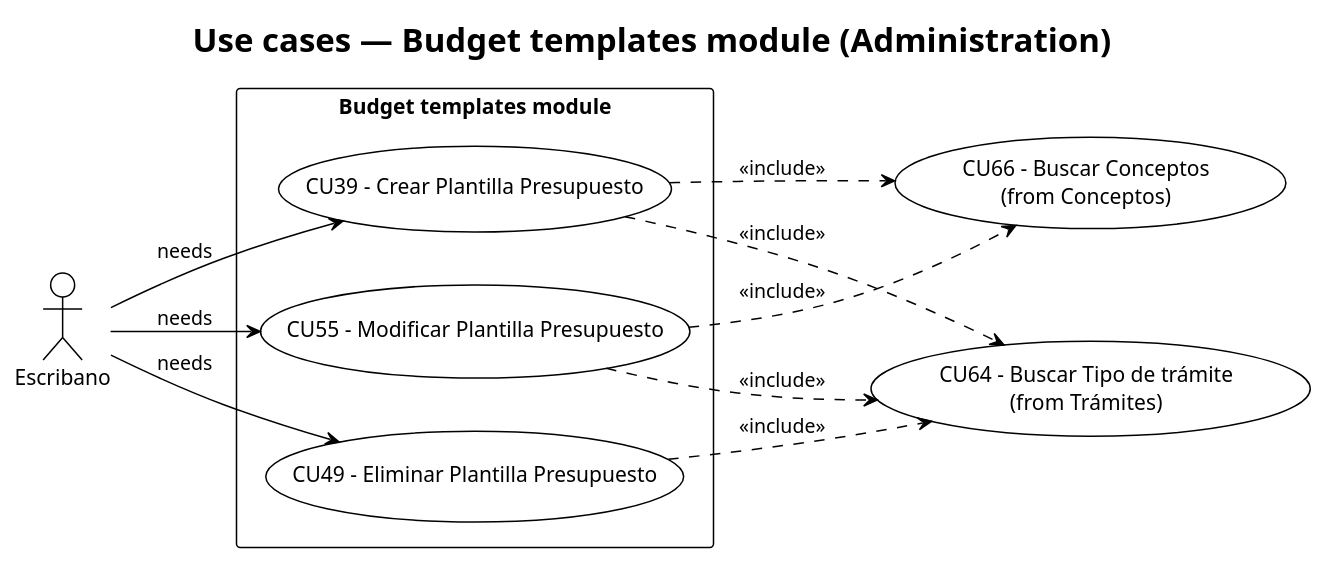
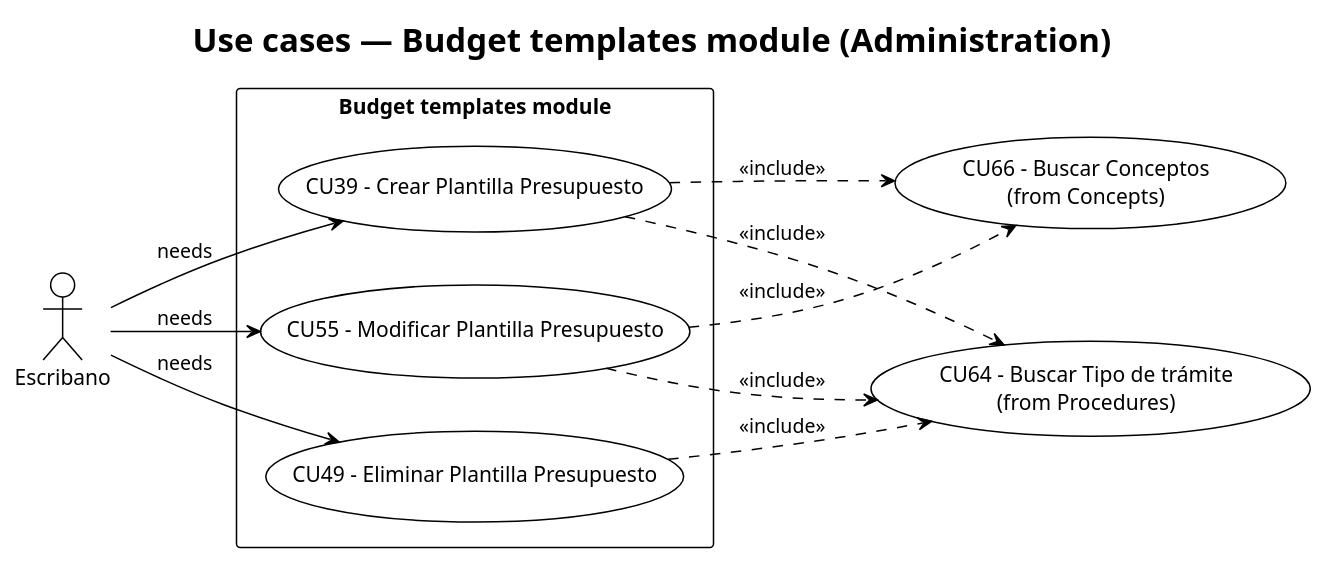
Before and after one commit to matiaspakua/notaire: the diagram in docs/200-architecture/204-diagrams/Casos de Uso/administracion-plantilla-presupuestos.puml, drawn with PlantUML. The commit also changed 89 other files, not shown here.

```diff
--- a/docs/200-architecture/204-diagrams/Casos de Uso/administracion-plantilla-presupuestos.puml
+++ b/docs/200-architecture/204-diagrams/Casos de Uso/administracion-plantilla-presupuestos.puml
@@ -1,27 +1,27 @@
 @startuml administracion-plantilla-presupuestos
 !theme plain
 left to right direction
 title Use cases — Budget templates module (Administration)
 
 actor Escribano
 
 rectangle "Budget templates module" {
   usecase "CU39 - Crear Plantilla Presupuesto" as CU39
   usecase "CU55 - Modificar Plantilla Presupuesto" as CU55
   usecase "CU49 - Eliminar Plantilla Presupuesto" as CU49
 }
 
-usecase "CU66 - Buscar Conceptos\n(from Conceptos)" as CU66
-usecase "CU64 - Buscar Tipo de trámite\n(from Trámites)" as CU64
+usecase "CU66 - Buscar Conceptos\n(from Concepts)" as CU66
+usecase "CU64 - Buscar Tipo de trámite\n(from Procedures)" as CU64
 
 Escribano --> CU39 : needs
 Escribano --> CU55 : needs
 Escribano --> CU49 : needs
 
 CU39 ..> CU66 : <<include>>
 CU39 ..> CU64 : <<include>>
 CU55 ..> CU66 : <<include>>
 CU55 ..> CU64 : <<include>>
 CU49 ..> CU64 : <<include>>
 
 @enduml
```
